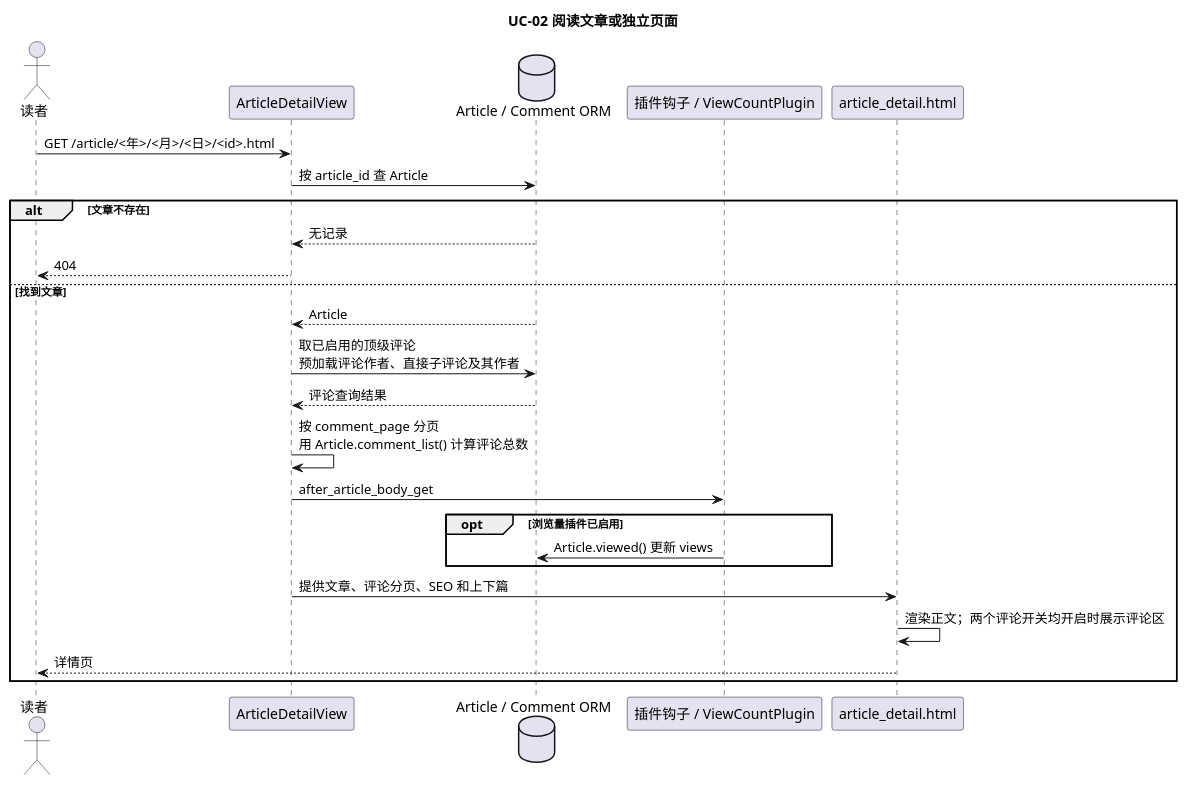
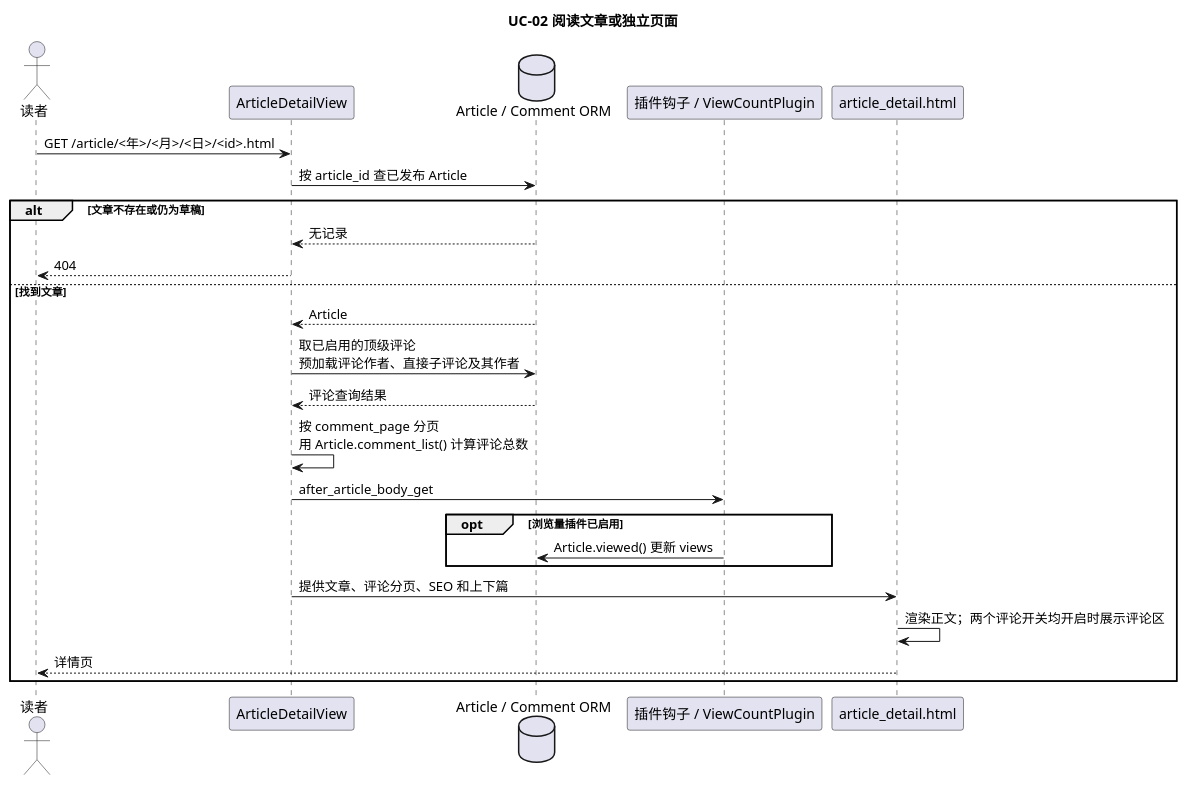
The second of 3 diagrams in doc/DjangoBlog_顺序图_首页详情发布.puml (wnz-1198/343Class5), drawn with PlantUML before and after one commit. The commit also changed 24 other files, not shown here.

Commit message:
Refine Blog course diagrams and contribution evidence

```diff
--- a/doc/DjangoBlog_顺序图_首页详情发布.puml
+++ b/doc/DjangoBlog_顺序图_首页详情发布.puml
@@ -23,26 +23,26 @@
 @startuml
 title UC-02 阅读文章或独立页面
 actor 读者
 participant ArticleDetailView as V
 database "Article / Comment ORM" as DB
 participant "插件钩子 / ViewCountPlugin" as P
 participant "article_detail.html" as T
 读者 -> V : GET /article/<年>/<月>/<日>/<id>.html
-V -> DB : 按 article_id 查 Article
-alt 文章不存在
+V -> DB : 按 article_id 查已发布 Article
+alt 文章不存在或仍为草稿
   DB --> V : 无记录
   V --> 读者 : 404
 else 找到文章
   DB --> V : Article
   V -> DB : 取已启用的顶级评论\n预加载评论作者、直接子评论及其作者
   DB --> V : 评论查询结果
   V -> V : 按 comment_page 分页\n用 Article.comment_list() 计算评论总数
   V -> P : after_article_body_get
   opt 浏览量插件已启用
     P -> DB : Article.viewed() 更新 views
   end
   V -> T : 提供文章、评论分页、SEO 和上下篇
   T -> T : 渲染正文；两个评论开关均开启时展示评论区
   T --> 读者 : 详情页
 end
 @enduml
```
